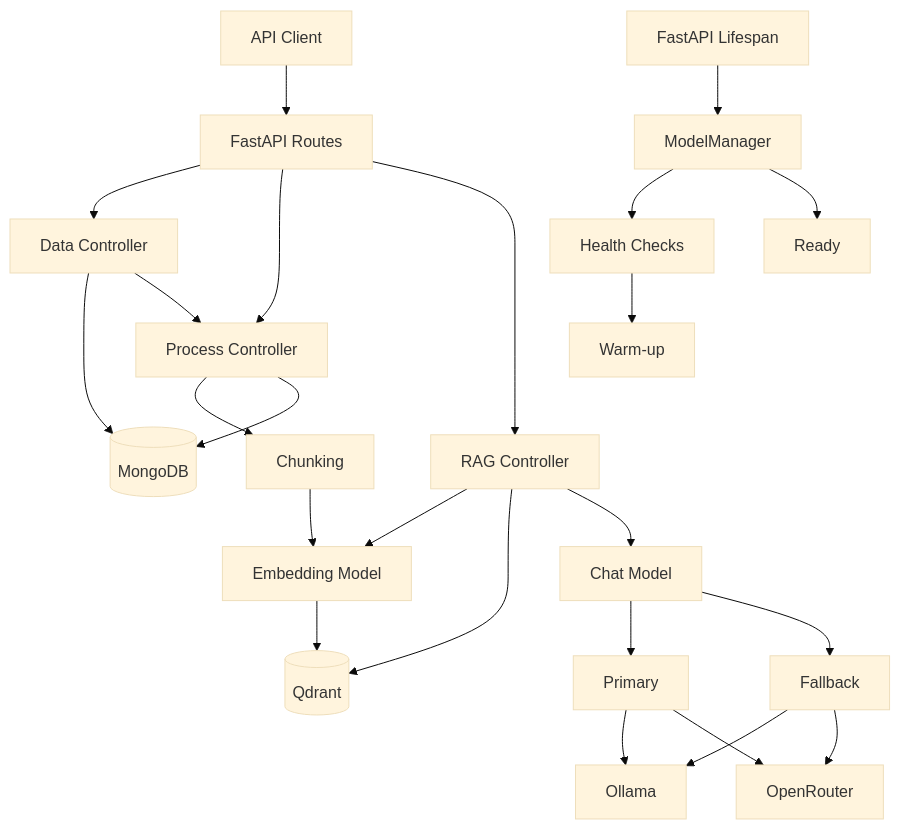
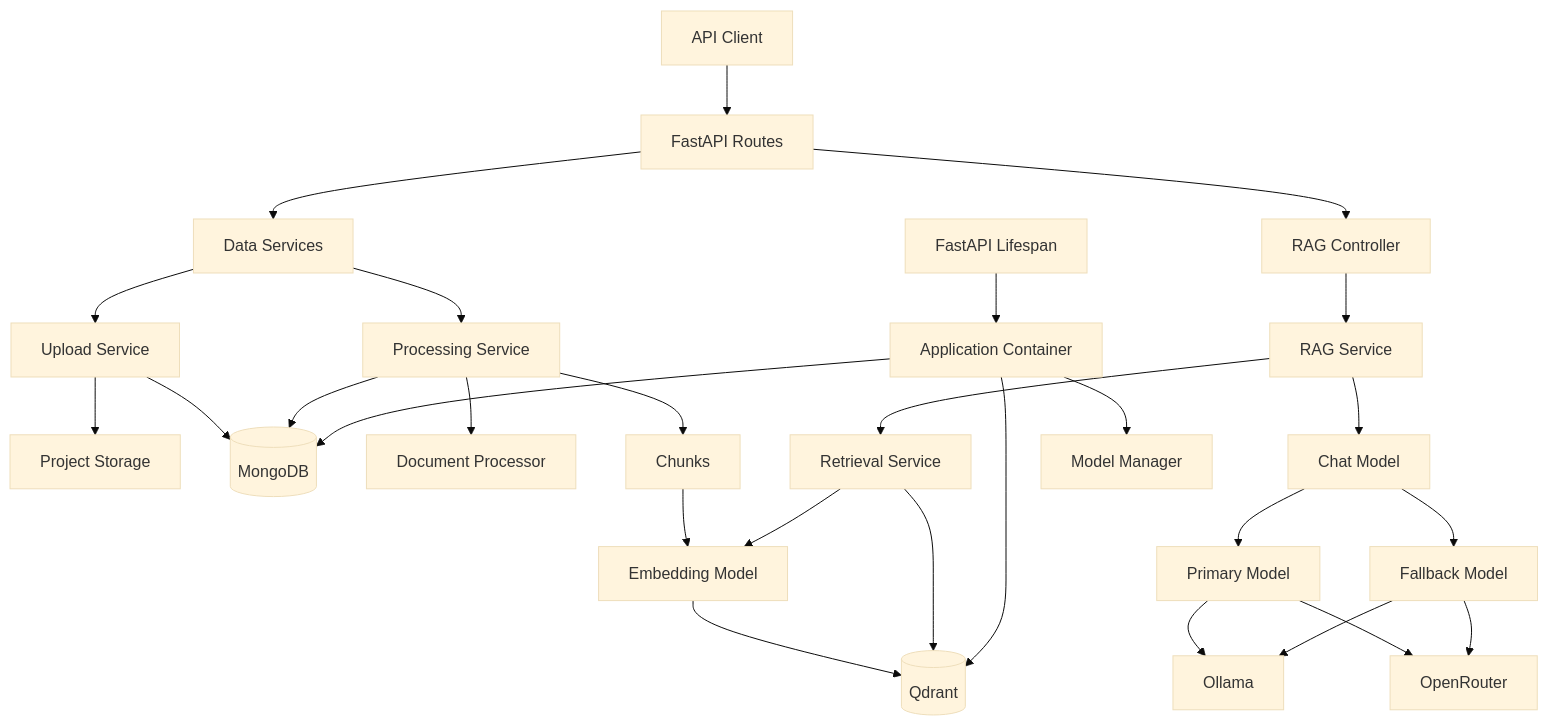
Before and after one commit to mohamedawzy22/RagSystem_OrangeHub: the diagram in README.md, drawn with Mermaid (base theme). The commit also changed other lines of this file and 1 other file, not shown here.

Commit message:
docs: update project documentation and environment configuration

````diff
--- a/README.md
+++ b/README.md
@@ -26,31 +26,42 @@
 ```mermaid
 flowchart TD
+
     Client[API Client] --> Routes[FastAPI Routes]
 
-    Routes --> Data[Data Controller]
-    Routes --> Process[Process Controller]
+    Routes --> Data[Data Services]
     Routes --> RAG[RAG Controller]
 
-    Data --> Mongo[(MongoDB)]
-    Data --> Process
-    Process --> Chunk[Chunking]
-    Chunk --> Embed[Embedding Model]
-    Embed --> Qdrant[(Qdrant)]
-    Process --> Mongo
+    Data --> Upload[Upload Service]
+    Data --> Processing[Processing Service]
 
-    RAG --> Embed
-    RAG --> Qdrant
-    RAG --> Chat[Chat Model]
-    Chat --> Primary[Primary]
-    Chat --> Fallback[Fallback]
+    Upload --> Storage[Project Storage]
+    Upload --> Mongo[(MongoDB)]
+
+    Processing --> Processor[Document Processor]
+    Processing --> Mongo
+    Processing --> Chunks[Chunks]
+
+    Chunks --> Embedding[Embedding Model]
+    Embedding --> Qdrant[(Qdrant)]
+
+    RAG --> RAGService[RAG Service]
+    RAGService --> Retrieval[Retrieval Service]
+    RAGService --> Chat[Chat Model]
+
+    Retrieval --> Embedding
+    Retrieval --> Qdrant
+
+    Chat --> Primary[Primary Model]
+    Chat --> Fallback[Fallback Model]
 
     Primary --> Ollama[Ollama]
+    Primary --> OpenRouter[OpenRouter]
+
     Fallback --> Ollama
-    Primary --> OpenRouter[OpenRouter]
     Fallback --> OpenRouter
 
-    Startup[FastAPI Lifespan] --> Models[ModelManager]
-    Models --> Health[Health Checks]
-    Health --> Warmup[Warm-up]
-    Models --> Ready[Ready]
+    Startup[FastAPI Lifespan] --> Container[Application Container]
+    Container --> Mongo
+    Container --> Models[Model Manager]
+    Container --> Qdrant
 ```
````
